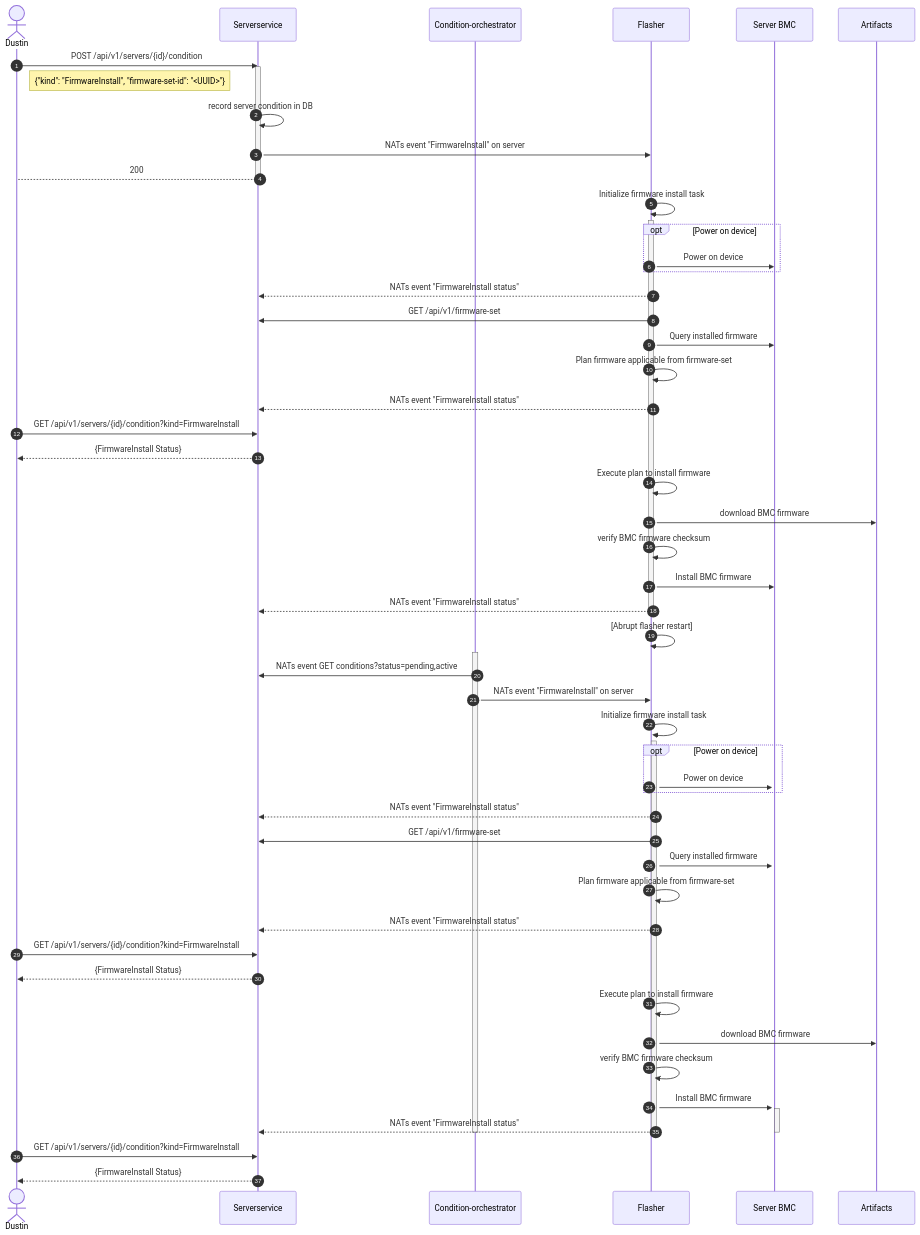
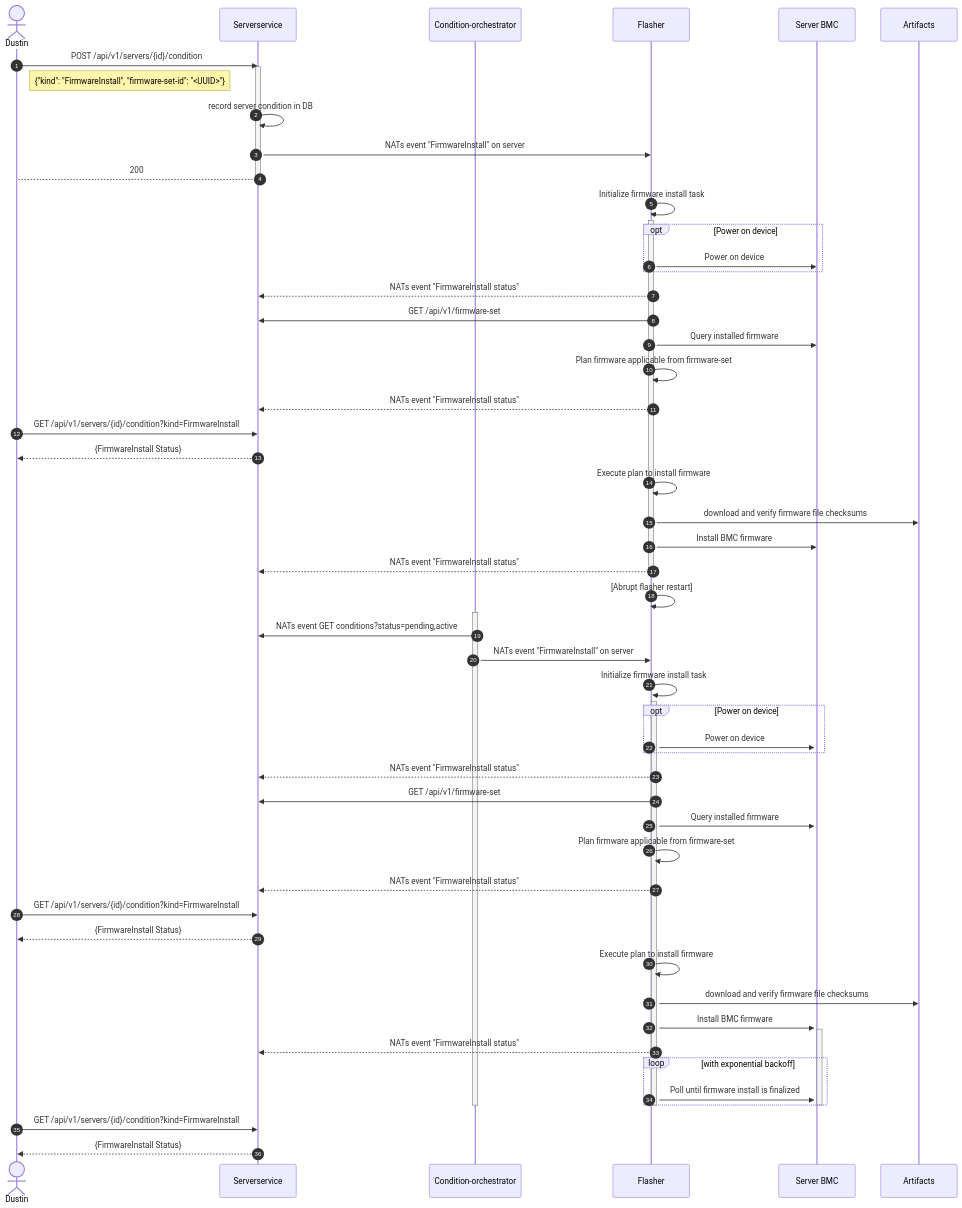
The third of 3 diagrams in firmware-install-service.md (metal-toolbox/architecture), drawn with Mermaid before and after one commit. The commit also changed other lines of this file, not shown here.

Commit message:
firmware-install-service: update a few more bits based on feedback

```diff
--- a/firmware-install-service.md
+++ b/firmware-install-service.md
@@ -296,8 +293,7 @@
     Dustin->>Serverservice: GET /api/v1/servers/{id}/condition?kind=FirmwareInstall
     Serverservice-->>Dustin: {FirmwareInstall Status}
     Flasher->>Flasher: Execute plan to install firmware
-    Flasher->>Artifacts: download BMC firmware
-    Flasher->>Flasher: verify BMC firmware checksum
+    Flasher->>Artifacts: download and verify firmware file checksums
     Flasher->>Server BMC: Install BMC firmware
     activate Server BMC
     Flasher-->>Serverservice: NATs event "FirmwareInstall status"
@@ -327,11 +323,13 @@
     Dustin->>Serverservice: GET /api/v1/servers/{id}/condition?kind=FirmwareInstall
     Serverservice-->>Dustin: {FirmwareInstall Status}
     Flasher->>Flasher: Execute plan to install firmware
-    Flasher->>Artifacts: download BMC firmware
-    Flasher->>Flasher: verify BMC firmware checksum
+    Flasher->>Artifacts: download and verify firmware file checksums
     Flasher->>Server BMC: Install BMC firmware
     activate Server BMC
     Flasher-->>Serverservice: NATs event "FirmwareInstall status"
+    loop with exponential backoff
+      Flasher->>Server BMC: Poll until firmware install is finalized
+    end
 
    deactivate Flasher
    deactivate Server BMC
```
